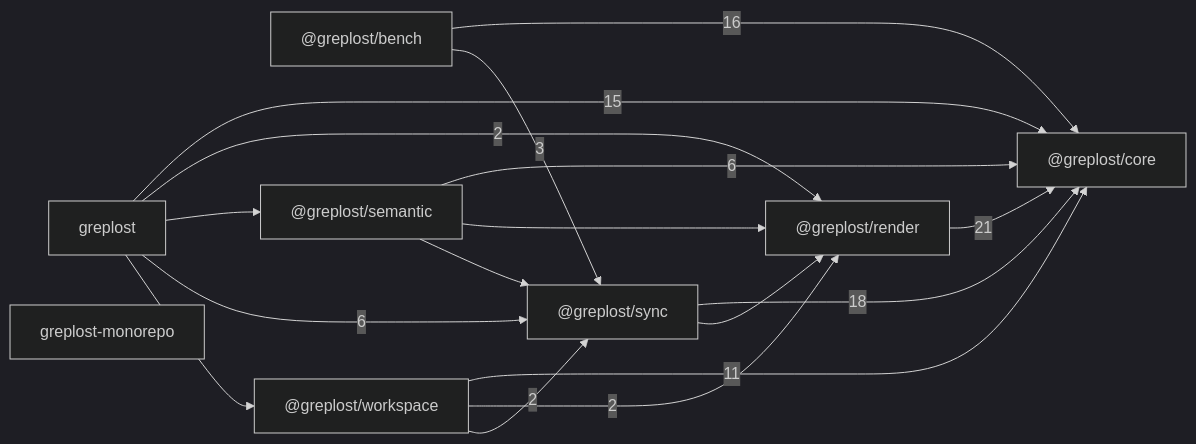
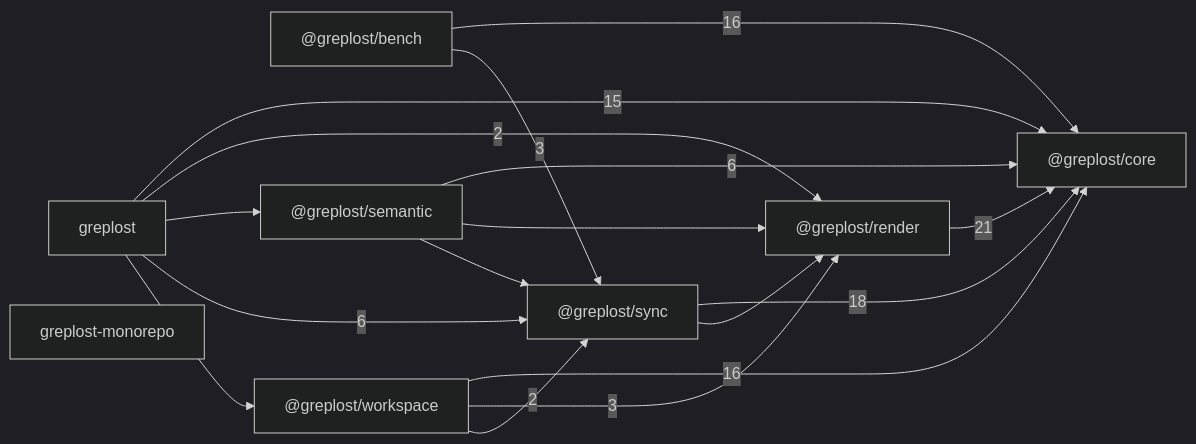
One commit to sns45/greplost changed the diagram in .greplost/repo/MAP.md. Above: the diagram before and after it, drawn with Mermaid (dark theme). The commit also changed other lines of this file and 79 other files, not shown here.

````diff
--- a/.greplost/repo/MAP.md
+++ b/.greplost/repo/MAP.md
@@ -21,27 +21,27 @@
 ```mermaid
 graph LR
   _greplost_bench["@greplost/bench"]
   _greplost_core["@greplost/core"]
   _greplost_render["@greplost/render"]
   _greplost_semantic["@greplost/semantic"]
   _greplost_sync["@greplost/sync"]
   _greplost_workspace["@greplost/workspace"]
   greplost["greplost"]
   greplost_monorepo["greplost-monorepo"]
   _greplost_bench -->|16| _greplost_core
   _greplost_bench -->|3| _greplost_sync
   _greplost_render -->|21| _greplost_core
   _greplost_semantic -->|6| _greplost_core
   _greplost_semantic --> _greplost_render
   _greplost_semantic --> _greplost_sync
   _greplost_sync -->|18| _greplost_core
   _greplost_sync --> _greplost_render
-  _greplost_workspace -->|11| _greplost_core
-  _greplost_workspace -->|2| _greplost_render
+  _greplost_workspace -->|16| _greplost_core
+  _greplost_workspace -->|3| _greplost_render
   _greplost_workspace -->|2| _greplost_sync
   greplost -->|15| _greplost_core
   greplost -->|2| _greplost_render
   greplost --> _greplost_semantic
   greplost -->|6| _greplost_sync
   greplost --> _greplost_workspace
 ```
````
